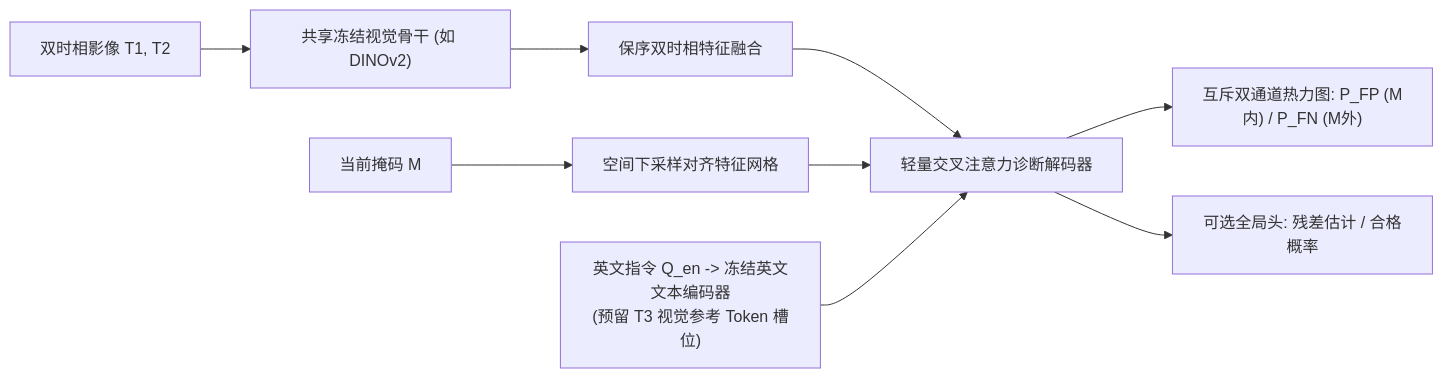
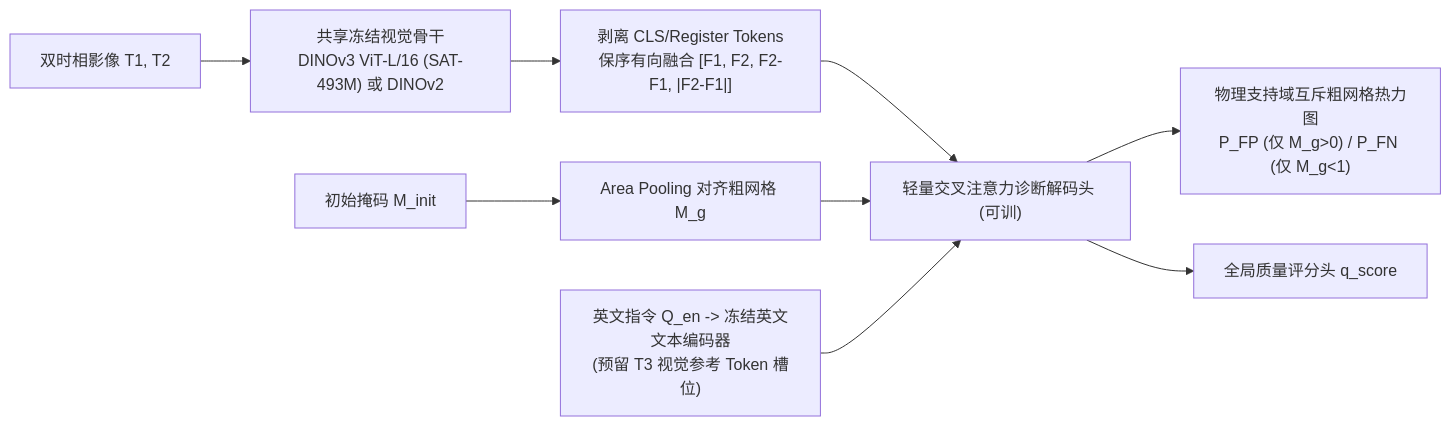
One commit to ethan-404-sys/CD-Agent changed the diagram in doc/VERIFIER_V1_TRAINING_PLAN.md. Above: the diagram before and after it, drawn with Mermaid. The commit also changed other lines of this file, not shown here.

````diff
--- a/doc/VERIFIER_V1_TRAINING_PLAN.md
+++ b/doc/VERIFIER_V1_TRAINING_PLAN.md
@@ -106,11 +110,11 @@
 ```mermaid
 flowchart LR
-  I["双时相影像 T1, T2"] --> V["共享冻结视觉骨干 (如 DINOv2)"]
-  V --> F["保序双时相特征融合"]
-  M["当前掩码 M"] --> P["空间下采样对齐特征网格"]
-  F --> D["轻量交叉注意力诊断解码器"]
+  I["双时相影像 T1, T2"] --> V["共享冻结视觉骨干\nDINOv3 ViT-L/16 (SAT-493M) 或 DINOv2"]
+  V --> F["剥离 CLS/Register Tokens\n保序有向融合 [F1, F2, F2-F1, |F2-F1|]"]
+  M["初始掩码 M_init"] --> P["Area Pooling 对齐粗网格 M_g"]
+  F --> D["轻量交叉注意力诊断解码头 (可训)"]
   P --> D
   Q["英文指令 Q_en -> 冻结英文文本编码器\n(预留 T3 视觉参考 Token 槽位)"] --> D
-  D --> O1["互斥双通道热力图: P_FP (M内) / P_FN (M外)"]
-  D --> O2["可选全局头: 残差估计 / 合格概率"]
+  D --> O1["物理支持域互斥粗网格热力图\nP_FP (仅 M_g>0) / P_FN (仅 M_g<1)"]
+  D --> O2["全局质量评分头 q_score"]
 ```
````
